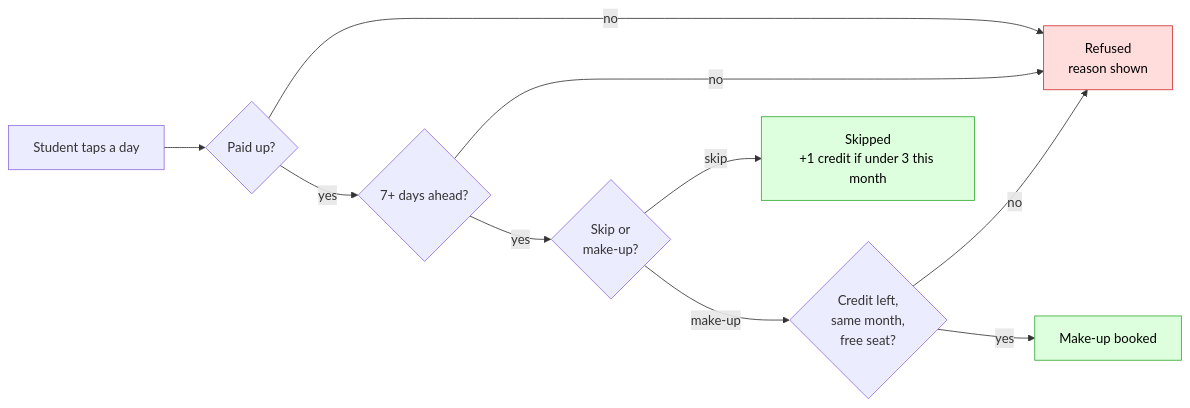
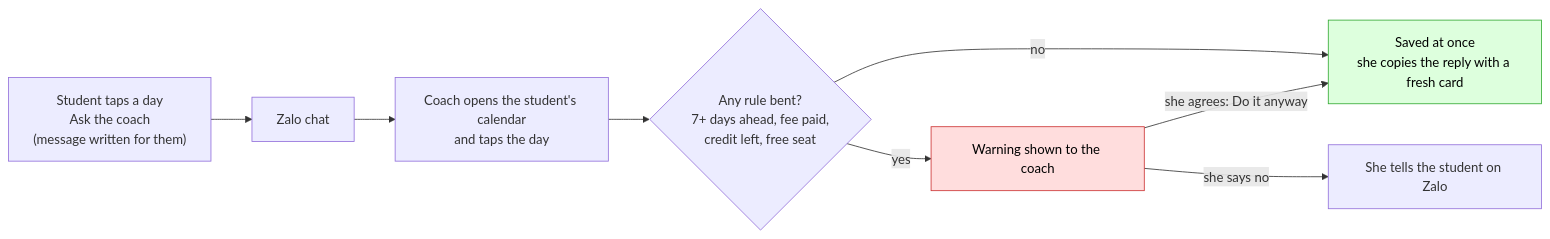
Before and after one commit to birdiecrew/birdiecrew.github.io: the fourth of 5 diagrams in PLAN.md, drawn with Mermaid. The commit also changed other lines of this file and 18 other files, not shown here.

````diff
--- a/PLAN.md
+++ b/PLAN.md
@@ -44,15 +51,12 @@
 ```mermaid
 flowchart LR
-  T["Student taps a day"] --> Q1{"Paid up?"}
-  Q1 -->|no| X["Refused<br/>reason shown"]
-  Q1 -->|yes| Q2{"7+ days ahead?"}
-  Q2 -->|no| X
-  Q2 -->|yes| Q3{"Skip or<br/>make-up?"}
-  Q3 -->|skip| S["Skipped<br/>+1 credit if under 3 this month"]
-  Q3 -->|make-up| Q4{"Credit left,<br/>same month,<br/>free seat?"}
-  Q4 -->|no| X
-  Q4 -->|yes| M["Make-up booked"]
-  style X fill:#fdd,stroke:#c33,color:#000
-  style S fill:#dfd,stroke:#3a3,color:#000
-  style M fill:#dfd,stroke:#3a3,color:#000
+  T["Student taps a day<br/>Ask the coach<br/>(message written for them)"] --> Z["Zalo chat"]
+  Z --> C["Coach opens the student's calendar<br/>and taps the day"]
+  C --> Q{"Any rule bent?<br/>7+ days ahead, fee paid,<br/>credit left, free seat"}
+  Q -->|no| D["Saved at once<br/>she copies the reply with a fresh card"]
+  Q -->|yes| W["Warning shown to the coach"]
+  W -->|"she agrees: Do it anyway"| D
+  W -->|"she says no"| R["She tells the student on Zalo"]
+  style W fill:#fdd,stroke:#c33,color:#000
+  style D fill:#dfd,stroke:#3a3,color:#000
 ```
````
